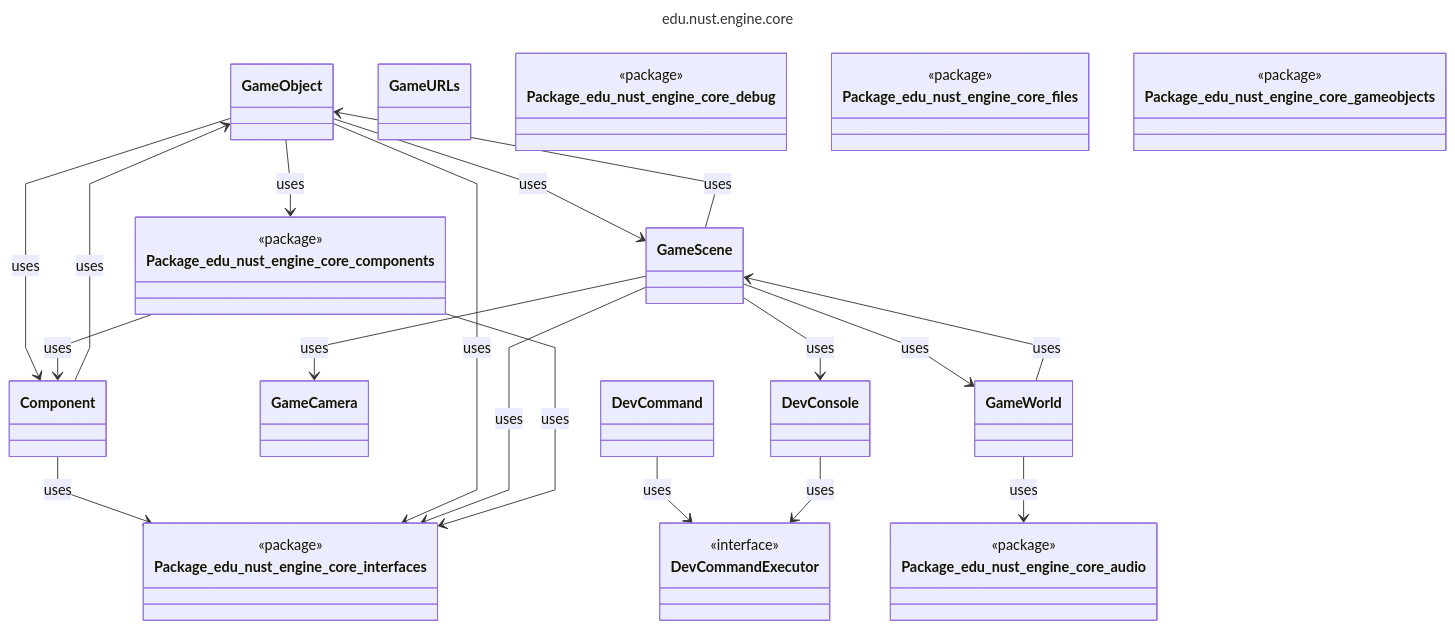
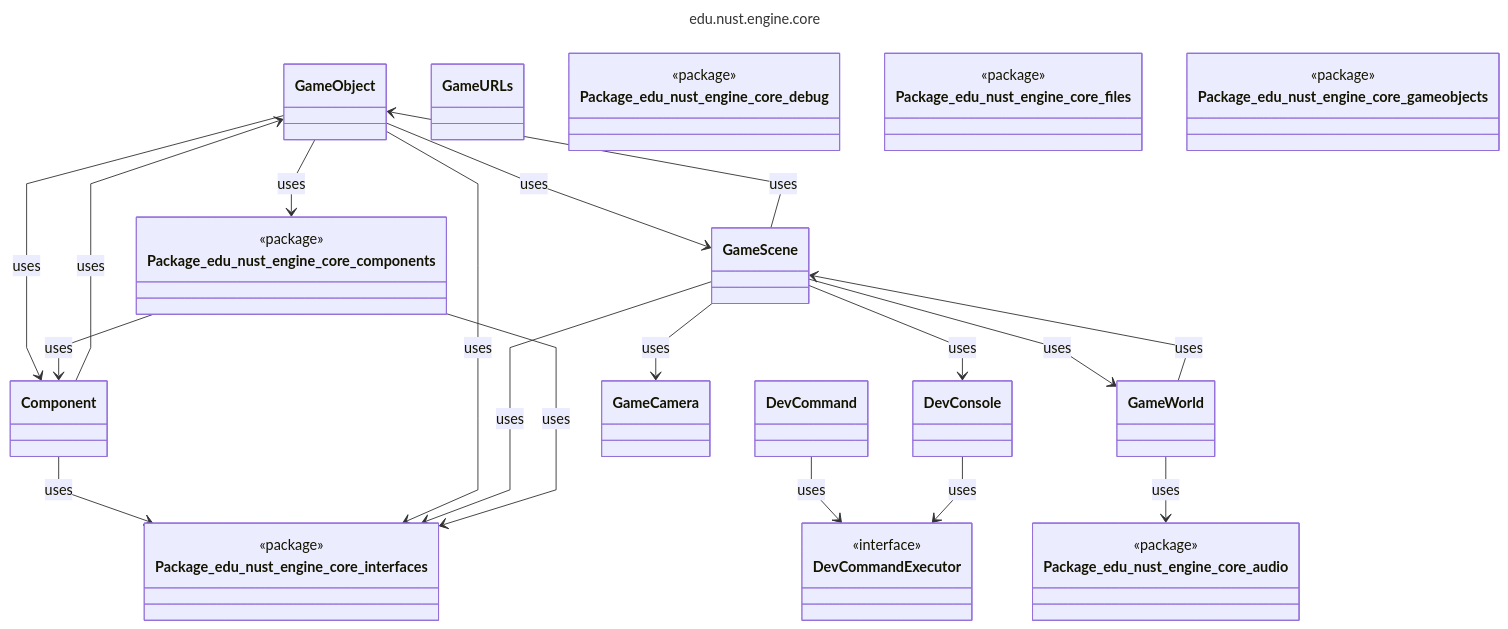
Before and after one commit to zombie-zero-nust/zombie-zero: the diagram in uml/generated/mmd/package_edu_nust_engine_core.mmd, drawn with Mermaid. The commit also changed other lines of this file and 77 other files, not shown here.

Commit message:
Generate UML from script

```diff
--- a/uml/generated/mmd/package_edu_nust_engine_core.mmd
+++ b/uml/generated/mmd/package_edu_nust_engine_core.mmd
@@ -1,43 +1,43 @@
 ---
 title: edu.nust.engine.core
 config:
   look: classic
   layout: dagre
   flowchart:
     curve: linear
   class:
     defaultRenderer: dagre-wrapper
 ---
 classDiagram
 class DevCommand
-class GameCamera
+class GameObject
 class DevCommandExecutor <<interface>>
 class DevConsole
-class GameObject
 class Component
+class GameWorld
+class GameCamera
 class GameScene
-class GameWorld
 class GameURLs
 class Package_edu_nust_engine_core_audio <<package>>
 class Package_edu_nust_engine_core_components <<package>>
 class Package_edu_nust_engine_core_debug <<package>>
 class Package_edu_nust_engine_core_files <<package>>
 class Package_edu_nust_engine_core_gameobjects <<package>>
 class Package_edu_nust_engine_core_interfaces <<package>>
 Component --> GameObject : uses
 DevCommand --> DevCommandExecutor : uses
 DevConsole --> DevCommandExecutor : uses
 GameObject --> Component : uses
 GameObject --> GameScene : uses
 GameScene --> DevConsole : uses
 GameScene --> GameCamera : uses
 GameScene --> GameObject : uses
 GameScene --> GameWorld : uses
 GameWorld --> GameScene : uses
 GameWorld --> Package_edu_nust_engine_core_audio : uses
 GameObject --> Package_edu_nust_engine_core_components : uses
 Package_edu_nust_engine_core_components --> Component : uses
 Component --> Package_edu_nust_engine_core_interfaces : uses
 GameObject --> Package_edu_nust_engine_core_interfaces : uses
 GameScene --> Package_edu_nust_engine_core_interfaces : uses
 Package_edu_nust_engine_core_components --> Package_edu_nust_engine_core_interfaces : uses
```
